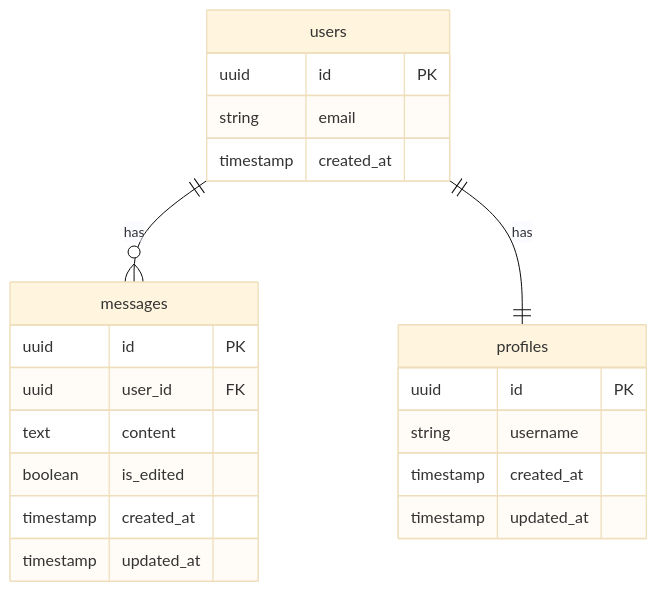
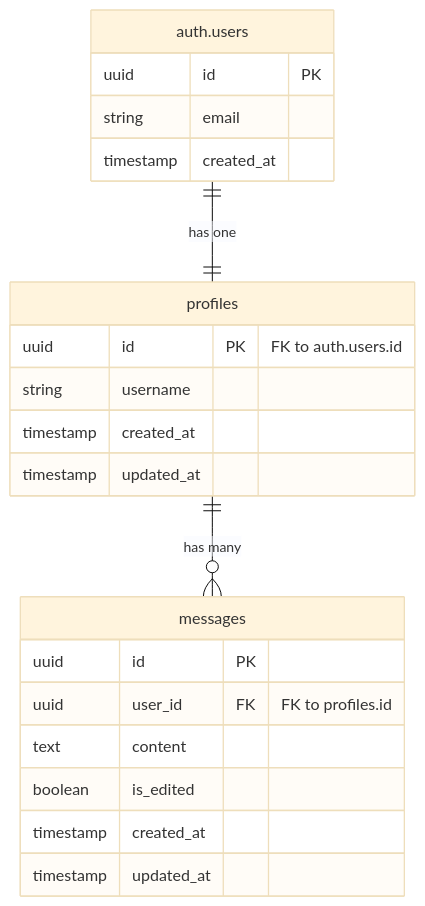
Before and after one commit to hideaki1979/next_supabase_chat: the first of 2 diagrams in README.md, drawn with Mermaid (base theme).

Commit message:
README.md見直し(PR対応)

````diff
--- a/README.md
+++ b/README.md
@@ -114,27 +114,27 @@
 ```mermaid
 erDiagram
-    users ||--o{ messages : "has"
-    users ||--|| profiles : "has"
+"auth.users" ||--|| profiles : "has one"
+    profiles ||--o{ messages : "has many"
 
-    users {
+    "auth.users" {
         uuid id PK
         string email
         timestamp created_at
     }
 
     profiles {
-        uuid id PK
+        uuid id PK "FK to auth.users.id"
         string username
         timestamp created_at
         timestamp updated_at
     }
 
     messages {
         uuid id PK
-        uuid user_id FK
+        uuid user_id FK "FK to profiles.id"
         text content
         boolean is_edited
         timestamp created_at
         timestamp updated_at
     }
 ```
````
